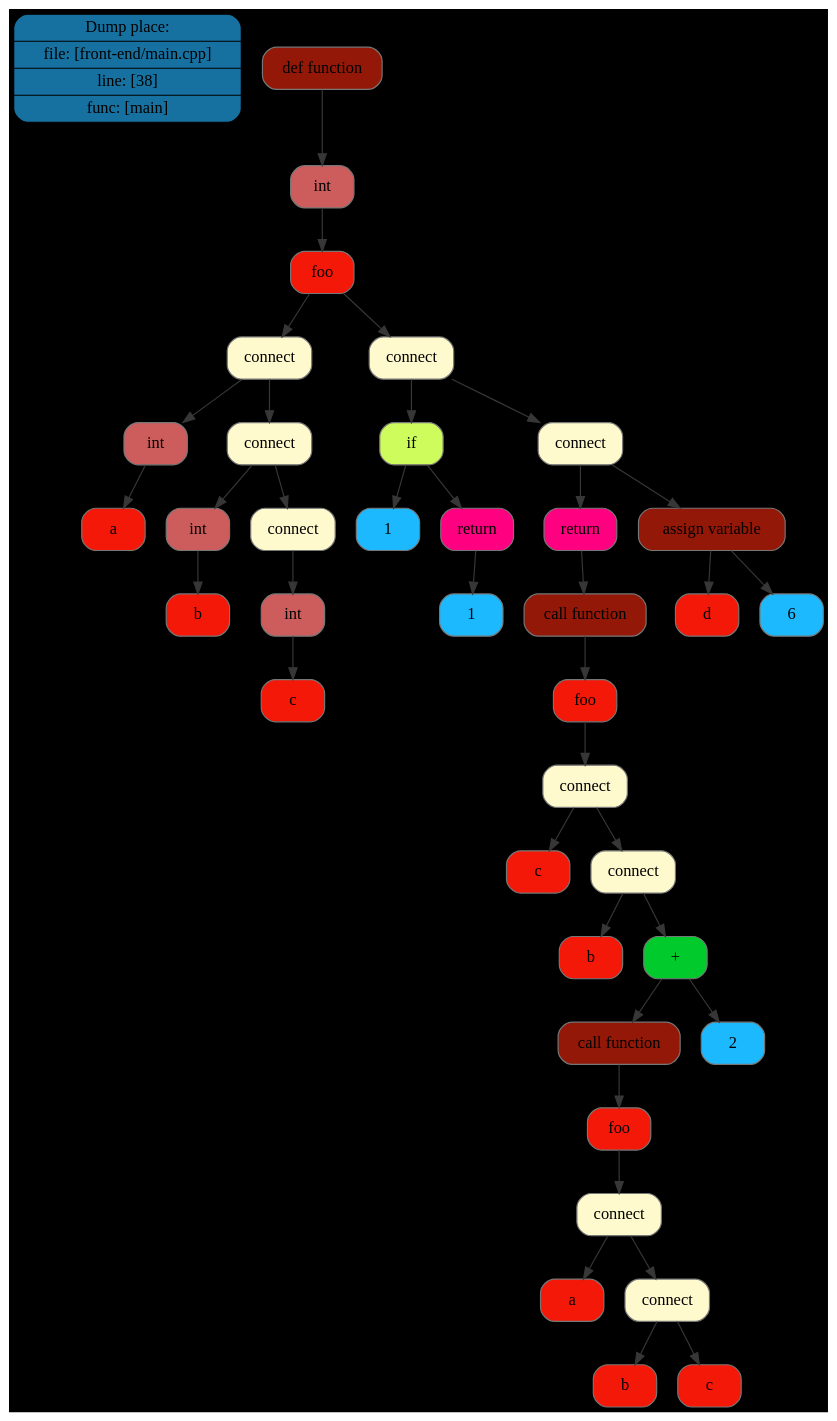
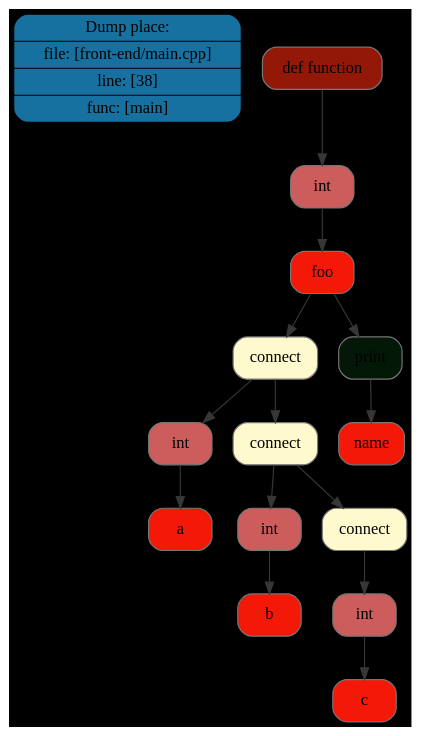
Before and after one commit to Maksim-Sebelev/Language: the diagram in dot/tree/dot/tree1.dot, drawn with Graphviz. The commit also changed 50 other files, not shown here.

```diff
--- a/dot/tree/dot/tree1.dot
+++ b/dot/tree/dot/tree1.dot
@@ -1,79 +1,33 @@
 digraph G{
 rankdir=TB
 graph [bgcolor="#000000"];
 place[shape=Mrecord, style=filled, fillcolor="#1771a0", pos="0,1!",label = " { Dump place: | file: [front-end/main.cpp] | line: [38] | func: [main] } "color = "#000000"];
-node0x507000001050[shape=Mrecord, style=filled, fillcolor="#931807"label = "def function", color = "#777777"];
+node0x507000000640[shape=Mrecord, style=filled, fillcolor="#931807"label = "def function", color = "#777777"];
 node0x507000000090[shape=Mrecord, style=filled, fillcolor="#CD5C5C"label = "int", color = "#777777"];
 node0x507000000100[shape=Mrecord, style=filled, fillcolor="#f31807"label = "foo", color = "#777777"];
 node0x507000000250[shape=Mrecord, style=filled, fillcolor="#FFFACD"label = "connect", color = "#777777"];
 node0x507000000170[shape=Mrecord, style=filled, fillcolor="#CD5C5C"label = "int", color = "#777777"];
 node0x5070000001e0[shape=Mrecord, style=filled, fillcolor="#f31807"label = "a", color = "#777777"];
 node0x5070000003a0[shape=Mrecord, style=filled, fillcolor="#FFFACD"label = "connect", color = "#777777"];
 node0x5070000002c0[shape=Mrecord, style=filled, fillcolor="#CD5C5C"label = "int", color = "#777777"];
 node0x507000000330[shape=Mrecord, style=filled, fillcolor="#f31807"label = "b", color = "#777777"];
 node0x5070000004f0[shape=Mrecord, style=filled, fillcolor="#FFFACD"label = "connect", color = "#777777"];
 node0x507000000410[shape=Mrecord, style=filled, fillcolor="#CD5C5C"label = "int", color = "#777777"];
 node0x507000000480[shape=Mrecord, style=filled, fillcolor="#f31807"label = "c", color = "#777777"];
-node0x507000000fe0[shape=Mrecord, style=filled, fillcolor="#FFFACD"label = "connect", color = "#777777"];
-node0x5070000006b0[shape=Mrecord, style=filled, fillcolor="#CDFC5C"label = "if", color = "#777777"];
-node0x507000000560[shape=Mrecord, style=filled, fillcolor="#1cb9ff"label = "1", color = "#777777"];
-node0x507000000640[shape=Mrecord, style=filled, fillcolor="#FF0080"label = "return", color = "#777777"];
-node0x5070000005d0[shape=Mrecord, style=filled, fillcolor="#1cb9ff"label = "1", color = "#777777"];
-node0x507000000f70[shape=Mrecord, style=filled, fillcolor="#FFFACD"label = "connect", color = "#777777"];
-node0x507000000db0[shape=Mrecord, style=filled, fillcolor="#FF0080"label = "return", color = "#777777"];
-node0x507000000d40[shape=Mrecord, style=filled, fillcolor="#931807"label = "call function", color = "#777777"];
-node0x507000000720[shape=Mrecord, style=filled, fillcolor="#f31807"label = "foo", color = "#777777"];
-node0x507000000cd0[shape=Mrecord, style=filled, fillcolor="#FFFACD"label = "connect", color = "#777777"];
-node0x507000000790[shape=Mrecord, style=filled, fillcolor="#f31807"label = "c", color = "#777777"];
-node0x507000000c60[shape=Mrecord, style=filled, fillcolor="#FFFACD"label = "connect", color = "#777777"];
-node0x507000000800[shape=Mrecord, style=filled, fillcolor="#f31807"label = "b", color = "#777777"];
-node0x507000000bf0[shape=Mrecord, style=filled, fillcolor="#00ca2c"label = "\+", color = "#777777"];
-node0x507000000b10[shape=Mrecord, style=filled, fillcolor="#931807"label = "call function", color = "#777777"];
-node0x507000000870[shape=Mrecord, style=filled, fillcolor="#f31807"label = "foo", color = "#777777"];
-node0x507000000aa0[shape=Mrecord, style=filled, fillcolor="#FFFACD"label = "connect", color = "#777777"];
-node0x5070000008e0[shape=Mrecord, style=filled, fillcolor="#f31807"label = "a", color = "#777777"];
-node0x507000000a30[shape=Mrecord, style=filled, fillcolor="#FFFACD"label = "connect", color = "#777777"];
-node0x507000000950[shape=Mrecord, style=filled, fillcolor="#f31807"label = "b", color = "#777777"];
-node0x5070000009c0[shape=Mrecord, style=filled, fillcolor="#f31807"label = "c", color = "#777777"];
-node0x507000000b80[shape=Mrecord, style=filled, fillcolor="#1cb9ff"label = "2", color = "#777777"];
-node0x507000000f00[shape=Mrecord, style=filled, fillcolor="#931807"label = "assign variable", color = "#777777"];
-node0x507000000e20[shape=Mrecord, style=filled, fillcolor="#f31807"label = "d", color = "#777777"];
-node0x507000000e90[shape=Mrecord, style=filled, fillcolor="#1cb9ff"label = "6", color = "#777777"];
+node0x5070000005d0[shape=Mrecord, style=filled, fillcolor="#031807"label = "print", color = "#777777"];
+node0x507000000560[shape=Mrecord, style=filled, fillcolor="#f31807"label = "name", color = "#777777"];
 edge[color="#373737"];
-node0x507000001050->node0x507000000090;
+node0x507000000640->node0x507000000090;
 node0x507000000090->node0x507000000100;
 node0x507000000100->node0x507000000250;
 node0x507000000250->node0x507000000170;
 node0x507000000170->node0x5070000001e0;
 node0x507000000250->node0x5070000003a0;
 node0x5070000003a0->node0x5070000002c0;
 node0x5070000002c0->node0x507000000330;
 node0x5070000003a0->node0x5070000004f0;
 node0x5070000004f0->node0x507000000410;
 node0x507000000410->node0x507000000480;
-node0x507000000100->node0x507000000fe0;
-node0x507000000fe0->node0x5070000006b0;
-node0x5070000006b0->node0x507000000560;
-node0x5070000006b0->node0x507000000640;
-node0x507000000640->node0x5070000005d0;
-node0x507000000fe0->node0x507000000f70;
-node0x507000000f70->node0x507000000db0;
-node0x507000000db0->node0x507000000d40;
-node0x507000000d40->node0x507000000720;
-node0x507000000720->node0x507000000cd0;
-node0x507000000cd0->node0x507000000790;
-node0x507000000cd0->node0x507000000c60;
-node0x507000000c60->node0x507000000800;
-node0x507000000c60->node0x507000000bf0;
-node0x507000000bf0->node0x507000000b10;
-node0x507000000b10->node0x507000000870;
-node0x507000000870->node0x507000000aa0;
-node0x507000000aa0->node0x5070000008e0;
-node0x507000000aa0->node0x507000000a30;
-node0x507000000a30->node0x507000000950;
-node0x507000000a30->node0x5070000009c0;
-node0x507000000bf0->node0x507000000b80;
-node0x507000000f70->node0x507000000f00;
-node0x507000000f00->node0x507000000e20;
-node0x507000000f00->node0x507000000e90;
+node0x507000000100->node0x5070000005d0;
+node0x5070000005d0->node0x507000000560;
 }
```
